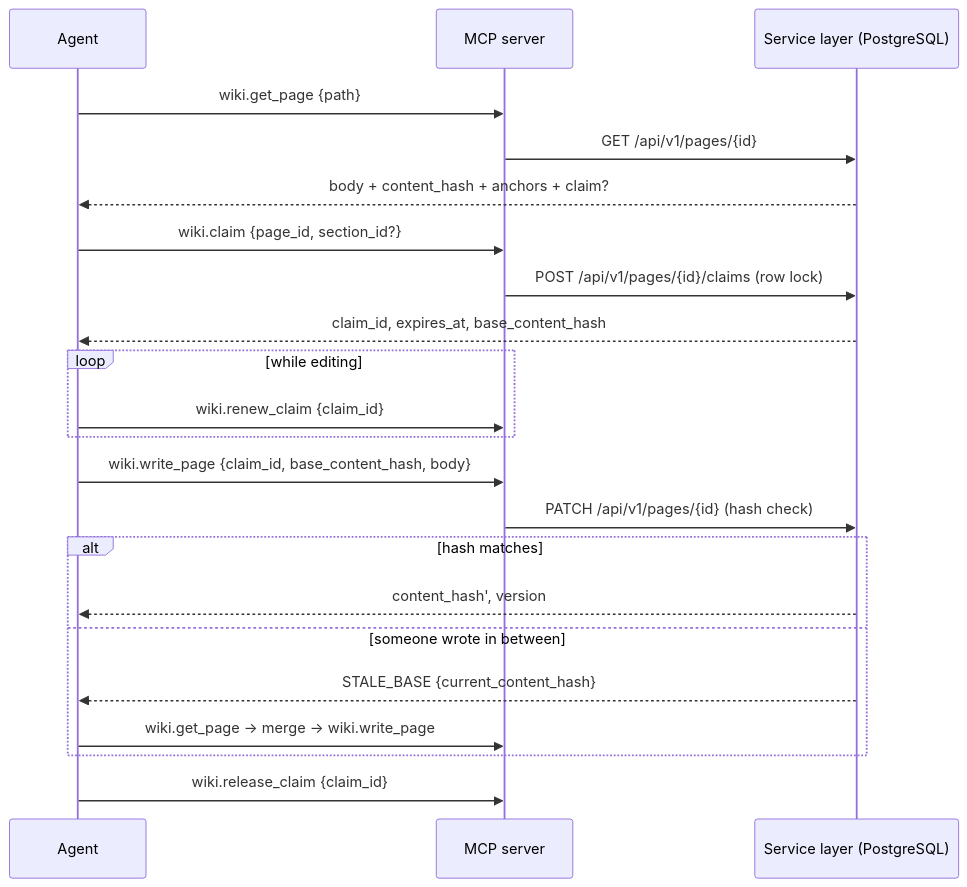
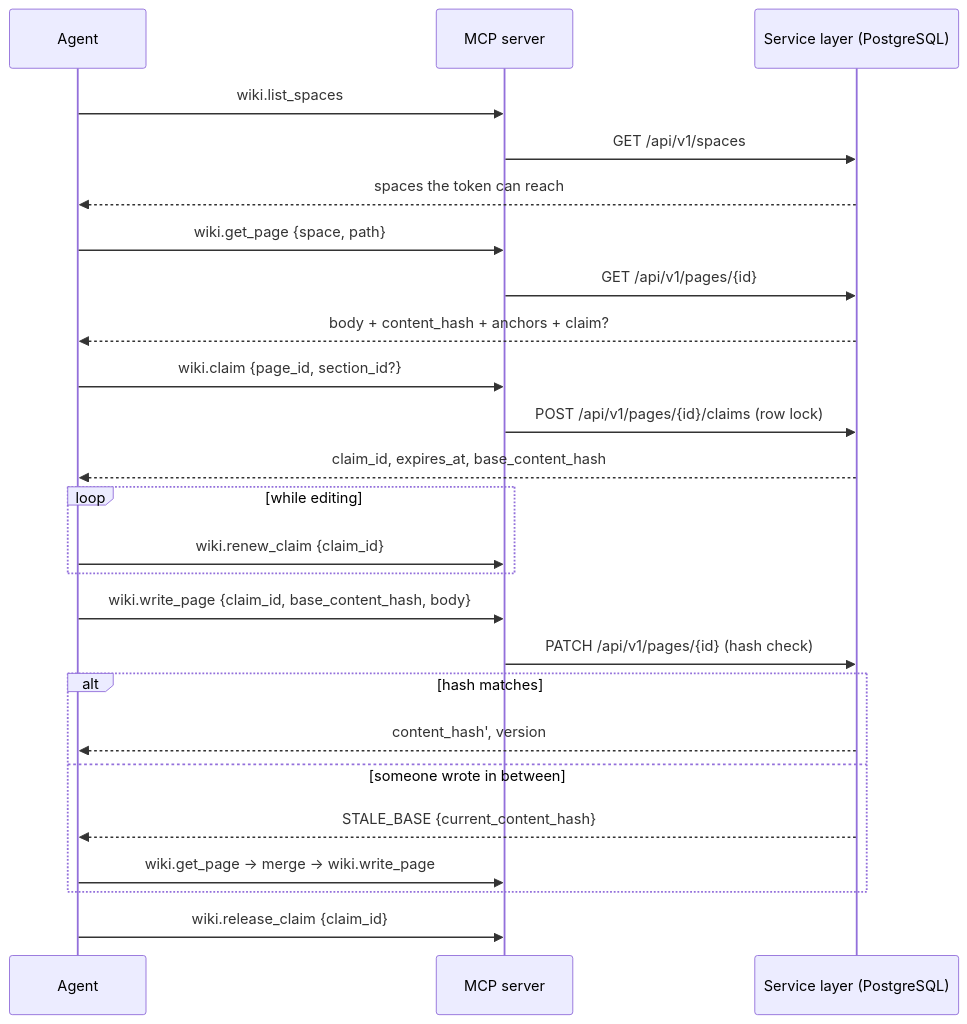
One commit to Dodecaidr/clewwiki changed the diagram in docs/mcp.md. Above: the diagram before and after it, drawn with Mermaid. The commit also changed other lines of this file and 115 other files, not shown here.

First line of the commit message:
feat: spaces with per-space page trees, repositories and token scoping

````diff
--- a/docs/mcp.md
+++ b/docs/mcp.md
@@ -278,24 +308,27 @@
 ```mermaid
 sequenceDiagram
     participant A as Agent
     participant M as MCP server
     participant S as Service layer (PostgreSQL)
-    A->>M: wiki.get_page {path}
+    A->>M: wiki.list_spaces
+    M->>S: GET /api/v1/spaces
+    S-->>A: spaces the token can reach
+    A->>M: wiki.get_page {space, path}
     M->>S: GET /api/v1/pages/{id}
     S-->>A: body + content_hash + anchors + claim?
     A->>M: wiki.claim {page_id, section_id?}
     M->>S: POST /api/v1/pages/{id}/claims (row lock)
     S-->>A: claim_id, expires_at, base_content_hash
     loop while editing
         A->>M: wiki.renew_claim {claim_id}
     end
     A->>M: wiki.write_page {claim_id, base_content_hash, body}
     M->>S: PATCH /api/v1/pages/{id} (hash check)
     alt hash matches
         S-->>A: content_hash', version
     else someone wrote in between
         S-->>A: STALE_BASE {current_content_hash}
         A->>M: wiki.get_page → merge → wiki.write_page
     end
     A->>M: wiki.release_claim {claim_id}
 ```
````
